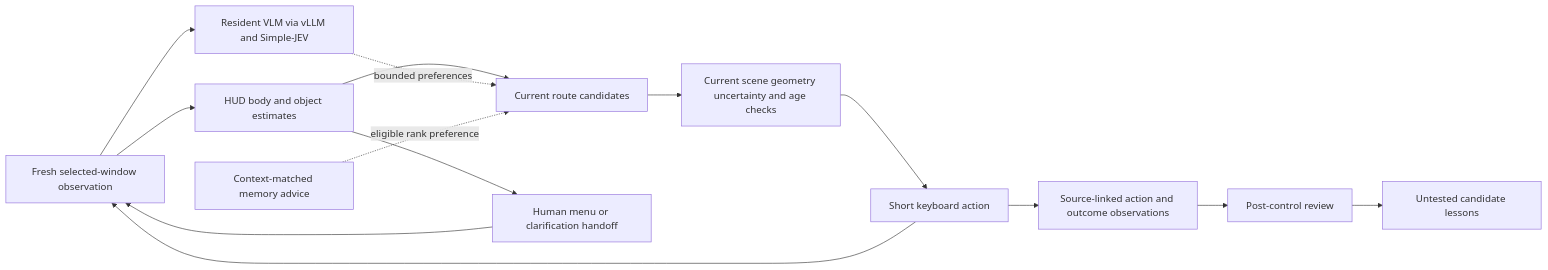
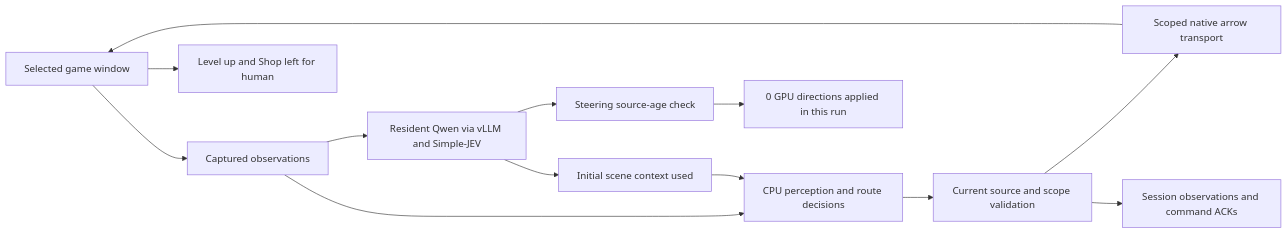
Before and after one commit to lengtsp/qwen3.8-27b_brotato: the diagram in docs/ARCHITECTURE.md, drawn with Mermaid. The commit also changed other lines of this file and 22 other files, not shown here.

Commit message:
Document game-control dependencies and evidence-bound tested diagrams

````diff
--- a/docs/ARCHITECTURE.md
+++ b/docs/ARCHITECTURE.md
@@ -5,16 +5,15 @@
 ```mermaid
 flowchart LR
-  F[Fresh selected-window observation] --> V[HUD body and object estimates]
-  V --> P[Current route candidates]
-  F --> Q[Resident VLM via vLLM and Simple-JEV]
-  Q -. bounded preferences .-> P
-  M[Context-matched memory advice] -. eligible rank preference .-> P
-  P --> G[Current scene geometry uncertainty and age checks]
-  G --> K[Short keyboard action]
-  K --> F
-  V --> H[Human menu or clarification handoff]
-  H --> F
-  K --> E[Source-linked action and outcome observations]
-  E --> R[Post-control review]
-  R --> C[Untested candidate lessons]
+  W[Selected game window] --> F[Captured observations]
+  F --> P[CPU perception and route decisions]
+  P --> G[Current source and scope validation]
+  G --> K[Scoped native arrow transport]
+  K --> W
+  F --> Q[Resident Qwen via vLLM and Simple-JEV]
+  Q --> C[Initial scene context used]
+  C --> P
+  Q --> A[Steering source-age check]
+  A --> X[0 GPU directions applied in this run]
+  G --> E[Session observations and command ACKs]
+  W --> H[Level up and Shop left for human]
 ```
````
